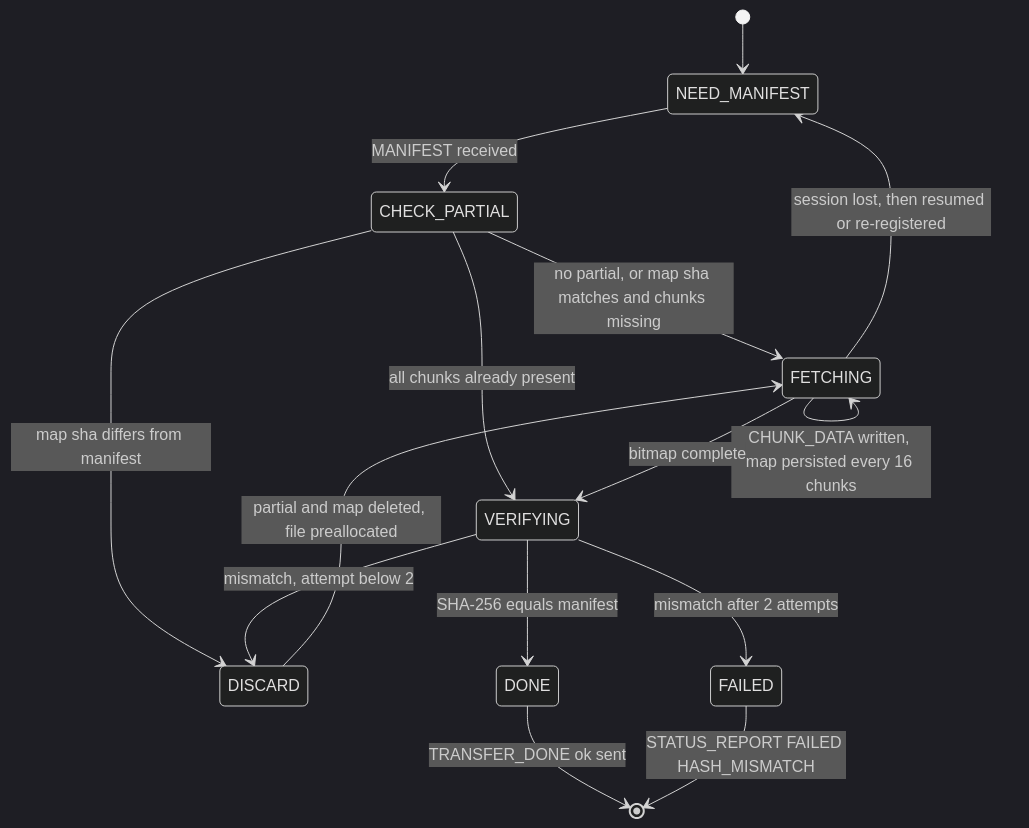
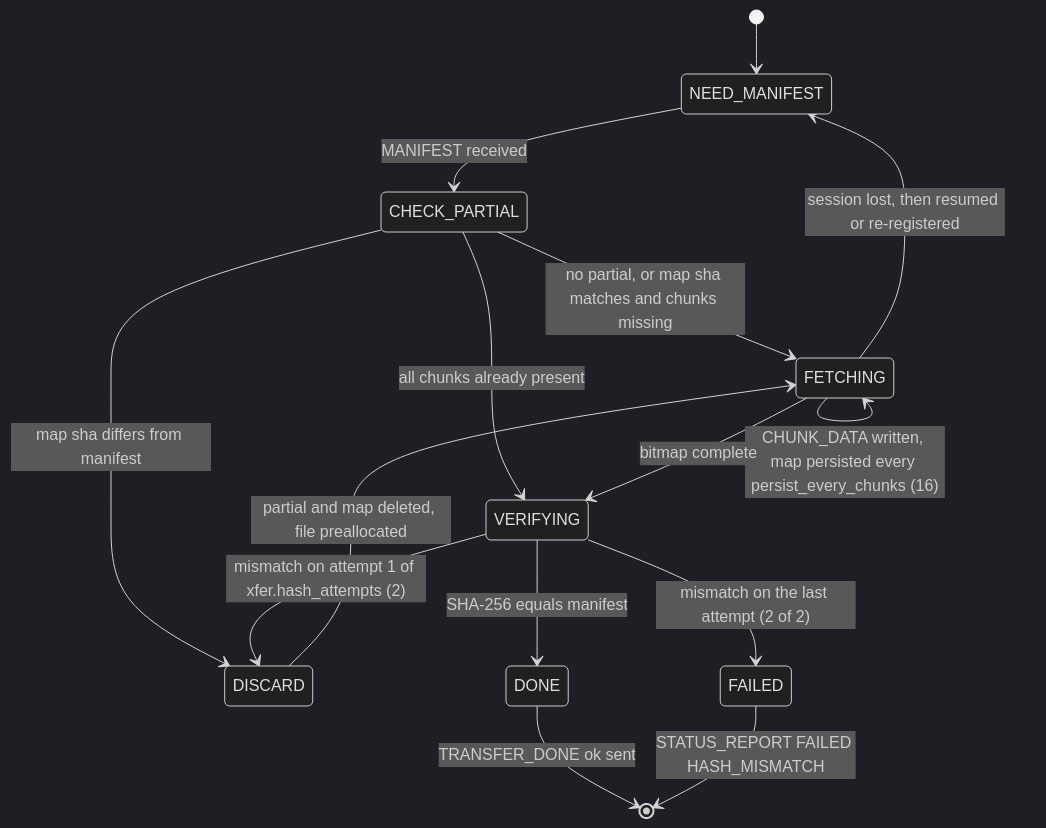
Before and after one commit to heysunilvk/ztp-project: diagram 15 of 23 in DESIGN.md, drawn with Mermaid (dark theme). The commit also changed other lines of this file and 2 other files, not shown here.

````diff
--- a/DESIGN.md
+++ b/DESIGN.md
@@ -1089,17 +1297,17 @@
 ```mermaid
 stateDiagram-v2
     [*] --> NEED_MANIFEST
     NEED_MANIFEST --> CHECK_PARTIAL: MANIFEST received
     CHECK_PARTIAL --> FETCHING: no partial, or map sha matches and chunks missing
     CHECK_PARTIAL --> DISCARD: map sha differs from manifest
     CHECK_PARTIAL --> VERIFYING: all chunks already present
     DISCARD --> FETCHING: partial and map deleted, file preallocated
-    FETCHING --> FETCHING: CHUNK_DATA written, map persisted every 16 chunks
+    FETCHING --> FETCHING: CHUNK_DATA written, map persisted every persist_every_chunks (16)
     FETCHING --> VERIFYING: bitmap complete
     FETCHING --> NEED_MANIFEST: session lost, then resumed or re-registered
     VERIFYING --> DONE: SHA-256 equals manifest
-    VERIFYING --> DISCARD: mismatch, attempt below 2
-    VERIFYING --> FAILED: mismatch after 2 attempts
+    VERIFYING --> DISCARD: mismatch on attempt 1 of xfer.hash_attempts (2)
+    VERIFYING --> FAILED: mismatch on the last attempt (2 of 2)
     DONE --> [*]: TRANSFER_DONE ok sent
     FAILED --> [*]: STATUS_REPORT FAILED HASH_MISMATCH
 ```
````
